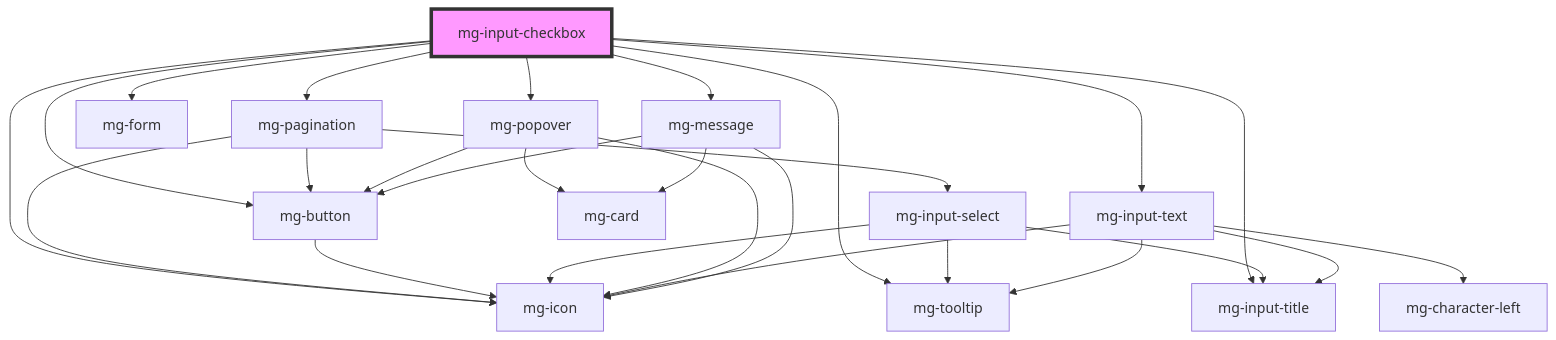
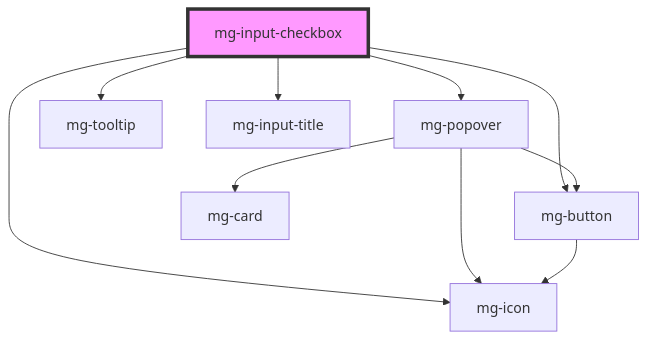
Before and after one commit to MGDIS/core-ui: the diagram in packages/mg-components/src/components/molecules/inputs/mg-input-checkbox/readme.md, drawn with Mermaid. The commit also changed other lines of this file and 24 other files, not shown here.

````diff
--- a/packages/mg-components/src/components/molecules/inputs/mg-input-checkbox/readme.md
+++ b/packages/mg-components/src/components/molecules/inputs/mg-input-checkbox/readme.md
@@ -147,30 +143,13 @@
 ```mermaid
 graph TD;
-  mg-input-checkbox --> mg-pagination
   mg-input-checkbox --> mg-popover
   mg-input-checkbox --> mg-button
   mg-input-checkbox --> mg-icon
-  mg-input-checkbox --> mg-form
-  mg-input-checkbox --> mg-input-text
-  mg-input-checkbox --> mg-message
   mg-input-checkbox --> mg-tooltip
   mg-input-checkbox --> mg-input-title
-  mg-pagination --> mg-button
-  mg-pagination --> mg-icon
-  mg-pagination --> mg-input-select
-  mg-button --> mg-icon
-  mg-input-select --> mg-tooltip
-  mg-input-select --> mg-icon
-  mg-input-select --> mg-input-title
   mg-popover --> mg-card
   mg-popover --> mg-button
   mg-popover --> mg-icon
-  mg-input-text --> mg-icon
-  mg-input-text --> mg-character-left
-  mg-input-text --> mg-tooltip
-  mg-input-text --> mg-input-title
-  mg-message --> mg-card
-  mg-message --> mg-icon
-  mg-message --> mg-button
+  mg-button --> mg-icon
   style mg-input-checkbox fill:#f9f,stroke:#333,stroke-width:4px
 ```
````
